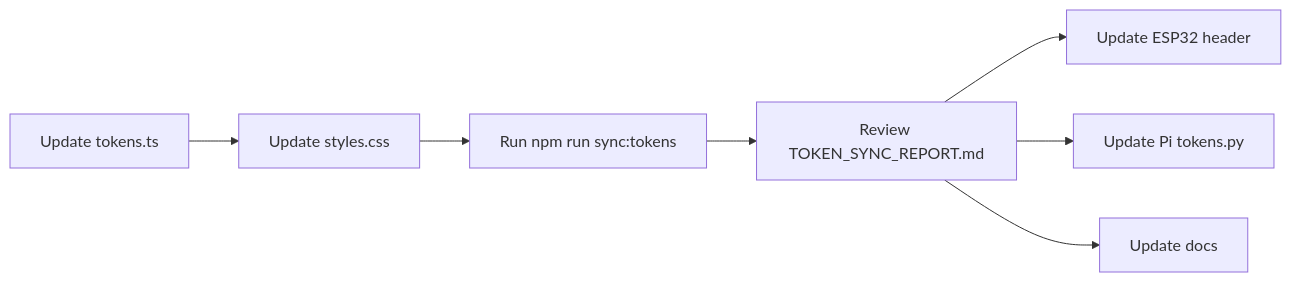
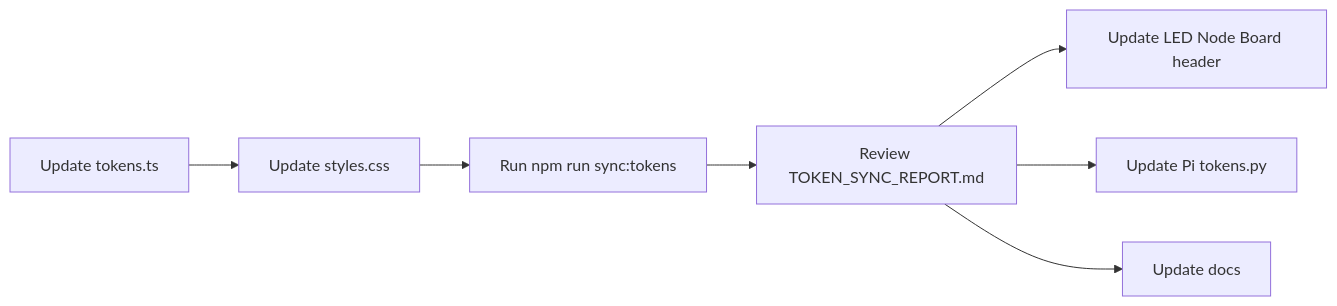
The diagram in lumigrid-lander-main/AUDIT_SUMMARY.md (slafftrosheen/lumigrid), drawn with Mermaid before and after one commit. The commit also changed other lines of this file and 22 other files, not shown here.

````diff
--- a/lumigrid-lander-main/AUDIT_SUMMARY.md
+++ b/lumigrid-lander-main/AUDIT_SUMMARY.md
@@ -142,9 +142,9 @@
 ```mermaid
 graph LR
     A[Update tokens.ts] --> B[Update styles.css]
     B --> C[Run npm run sync:tokens]
     C --> D[Review TOKEN_SYNC_REPORT.md]
-    D --> E1[Update ESP32 header]
+    D --> E1[Update LED Node Board header]
     D --> E2[Update Pi tokens.py]
     D --> E3[Update docs]
 ```
````
